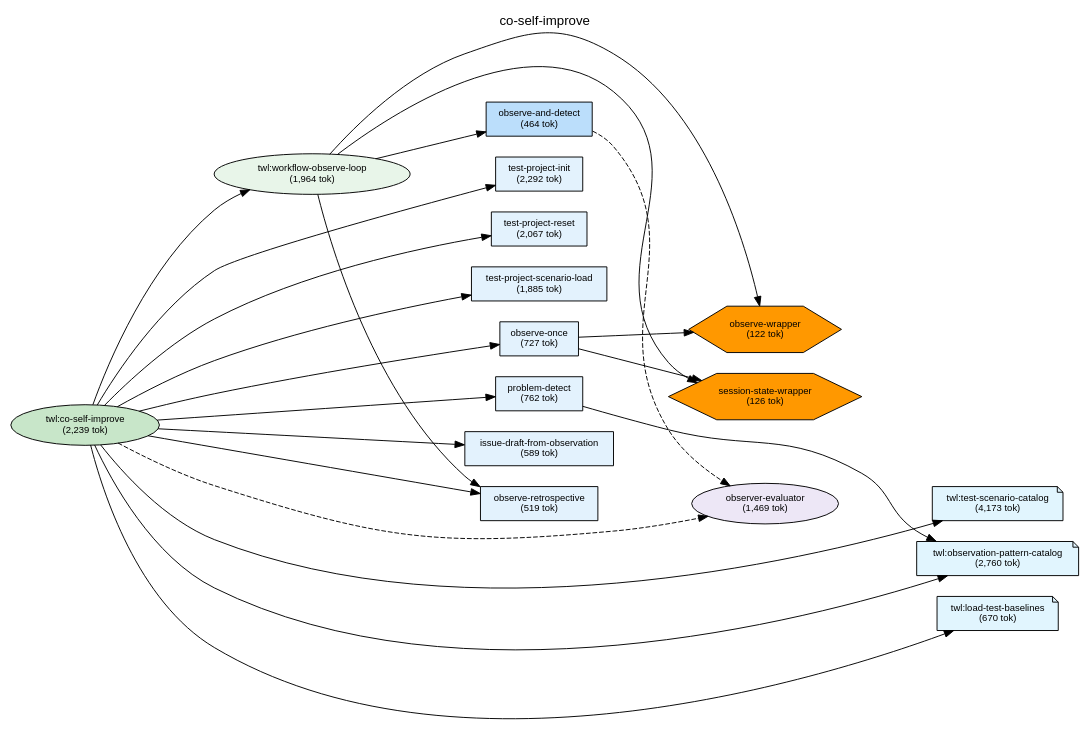
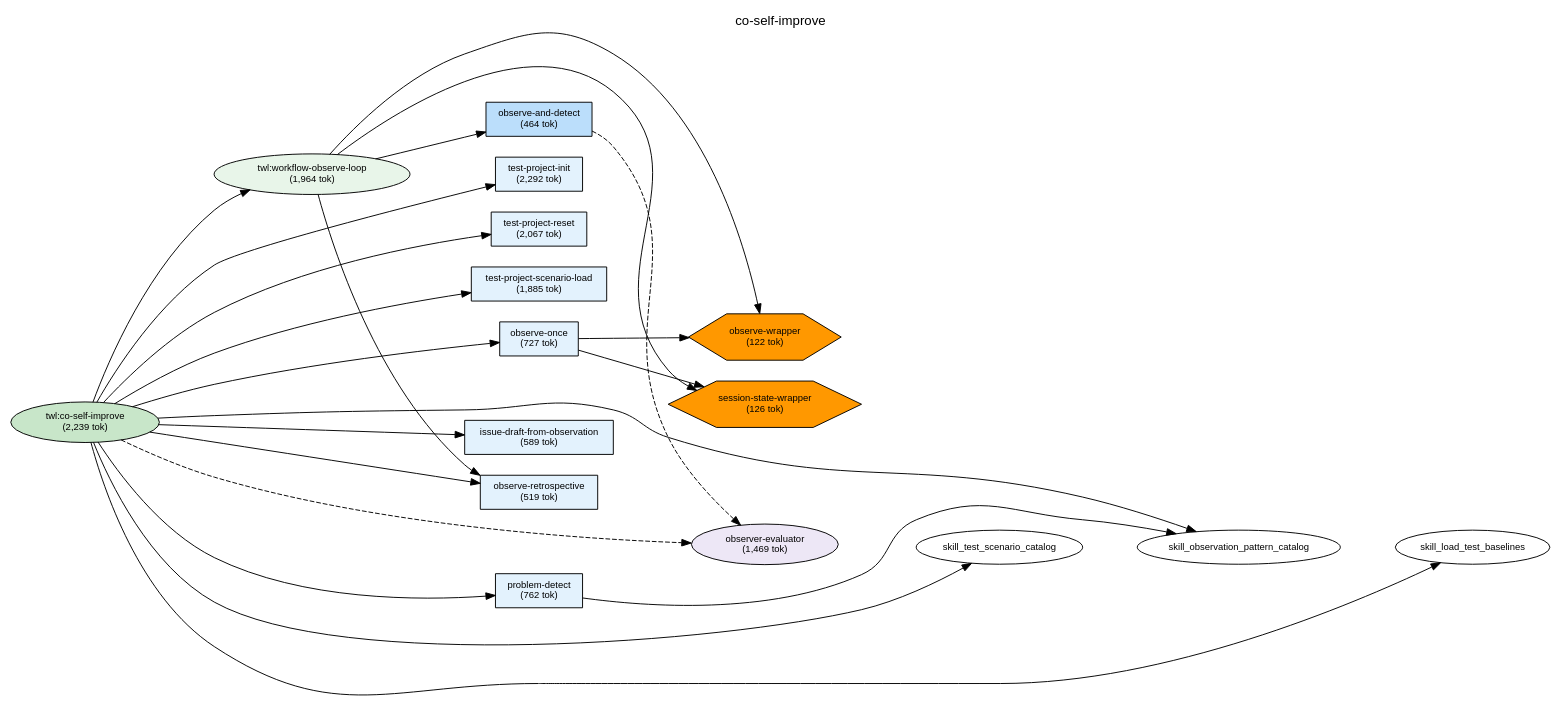
One commit to shuu5/twill changed the diagram in plugins/twl/docs/deps-co-self-improve.dot. Above: the diagram before and after it, drawn with Graphviz. The commit also changed 30 other files, not shown here.

```diff
--- a/plugins/twl/docs/deps-co-self-improve.dot
+++ b/plugins/twl/docs/deps-co-self-improve.dot
@@ -1,96 +1,92 @@
 digraph Dependencies {
     // Graph settings
     rankdir=LR;
     ranksep=0.8;
     nodesep=0.3;
     fontname="Helvetica";
     node [fontname="Helvetica", fontsize=10];
     edge [fontname="Helvetica", fontsize=9];
     label="co-self-improve";
     labelloc=t;
     fontsize=14;
 
     // L0: Controller Skills
     skill_co_self_improve [label="twl:co-self-improve\n(2,239 tok)", shape=ellipse, style=filled, fillcolor="#c8e6c9"];
 
     // L0: Launchers
 
     // L0.5: Workflow Skills
     skill_workflow_observe_loop [label="twl:workflow-observe-loop\n(1,964 tok)", shape=ellipse, style=filled, fillcolor="#e8f5e9"];
 
     // Reference Skills
-    skill_test_scenario_catalog [label="twl:test-scenario-catalog\n(4,173 tok)", shape=note, style=filled, fillcolor="#e1f5fe"];
-    skill_observation_pattern_catalog [label="twl:observation-pattern-catalog\n(2,760 tok)", shape=note, style=filled, fillcolor="#e1f5fe"];
-    skill_load_test_baselines [label="twl:load-test-baselines\n(670 tok)", shape=note, style=filled, fillcolor="#e1f5fe"];
 
     // L1: Direct Commands
     cmd_observe_once [label="observe-once\n(727 tok)", shape=box, style=filled, fillcolor="#e3f2fd"];
     cmd_problem_detect [label="problem-detect\n(762 tok)", shape=box, style=filled, fillcolor="#e3f2fd"];
     cmd_issue_draft_from_observation [label="issue-draft-from-observation\n(589 tok)", shape=box, style=filled, fillcolor="#e3f2fd"];
     cmd_observe_and_detect [label="observe-and-detect\n(464 tok)", shape=box, style=filled, fillcolor="#bbdefb"];
     cmd_observe_retrospective [label="observe-retrospective\n(519 tok)", shape=box, style=filled, fillcolor="#e3f2fd"];
     cmd_test_project_init [label="test-project-init\n(2,292 tok)", shape=box, style=filled, fillcolor="#e3f2fd"];
     cmd_test_project_reset [label="test-project-reset\n(2,067 tok)", shape=box, style=filled, fillcolor="#e3f2fd"];
     cmd_test_project_scenario_load [label="test-project-scenario-load\n(1,885 tok)", shape=box, style=filled, fillcolor="#e3f2fd"];
 
     // L2: Sub Commands
 
     // L3: Agents
     agent_observer_evaluator [label="observer-evaluator\n(1,469 tok)", shape=ellipse, style=filled, fillcolor="#ede7f6"];
 
     // L3.5: Scripts
     script_observe_wrapper [label="observe-wrapper\n(122 tok)", shape=hexagon, style=filled, fillcolor="#FF9800"];
     script_session_state_wrapper [label="session-state-wrapper\n(126 tok)", shape=hexagon, style=filled, fillcolor="#FF9800"];
 
     // L4: External
 
     // Layer constraints
     { rank=same; skill_co_self_improve; }
     { rank=same; skill_workflow_observe_loop; }
-    { rank=same; skill_test_scenario_catalog; skill_observation_pattern_catalog; skill_load_test_baselines; }
     { rank=same; cmd_observe_once; cmd_problem_detect; cmd_issue_draft_from_observation; cmd_observe_and_detect; cmd_observe_retrospective; cmd_test_project_init; cmd_test_project_reset; cmd_test_project_scenario_load; }
     { rank=same; agent_observer_evaluator; }
     { rank=same; script_observe_wrapper; script_session_state_wrapper; }
 
     // Edges
     skill_co_self_improve -> skill_workflow_observe_loop;
     skill_co_self_improve -> cmd_test_project_init;
     skill_co_self_improve -> cmd_test_project_reset;
     skill_co_self_improve -> cmd_test_project_scenario_load;
     skill_co_self_improve -> cmd_observe_once;
     skill_co_self_improve -> cmd_problem_detect;
     skill_co_self_improve -> cmd_issue_draft_from_observation;
     skill_co_self_improve -> cmd_observe_retrospective;
     skill_co_self_improve -> agent_observer_evaluator [style=dashed];
     skill_co_self_improve -> skill_test_scenario_catalog;
     skill_co_self_improve -> skill_observation_pattern_catalog;
     skill_co_self_improve -> skill_load_test_baselines;
     skill_workflow_observe_loop -> cmd_observe_and_detect;
     skill_workflow_observe_loop -> cmd_observe_retrospective;
     skill_workflow_observe_loop -> script_observe_wrapper;
     skill_workflow_observe_loop -> script_session_state_wrapper;
     cmd_observe_once -> script_observe_wrapper;
     cmd_observe_once -> script_session_state_wrapper;
     cmd_problem_detect -> skill_observation_pattern_catalog;
     cmd_observe_and_detect -> agent_observer_evaluator [style=dashed];
 
     // Ordering constraints (invisible edges)
     skill_workflow_observe_loop -> cmd_test_project_init [style=invis, weight=10];
     cmd_test_project_init -> cmd_test_project_reset [style=invis, weight=10];
     cmd_test_project_reset -> cmd_test_project_scenario_load [style=invis, weight=10];
     cmd_test_project_scenario_load -> cmd_observe_once [style=invis, weight=10];
     cmd_observe_once -> cmd_problem_detect [style=invis, weight=10];
     cmd_problem_detect -> cmd_issue_draft_from_observation [style=invis, weight=10];
     cmd_issue_draft_from_observation -> cmd_observe_retrospective [style=invis, weight=10];
     cmd_observe_retrospective -> agent_observer_evaluator [style=invis, weight=10];
     agent_observer_evaluator -> skill_test_scenario_catalog [style=invis, weight=10];
     skill_test_scenario_catalog -> skill_observation_pattern_catalog [style=invis, weight=10];
     skill_observation_pattern_catalog -> skill_load_test_baselines [style=invis, weight=10];
     cmd_observe_once -> cmd_problem_detect [style=invis, weight=10];
     cmd_problem_detect -> agent_observer_evaluator [style=invis, weight=10];
     cmd_observe_and_detect -> cmd_observe_retrospective [style=invis, weight=10];
     cmd_observe_retrospective -> script_observe_wrapper [style=invis, weight=10];
     script_observe_wrapper -> script_session_state_wrapper [style=invis, weight=10];
     script_observe_wrapper -> script_session_state_wrapper [style=invis, weight=10];
 
 }
```
